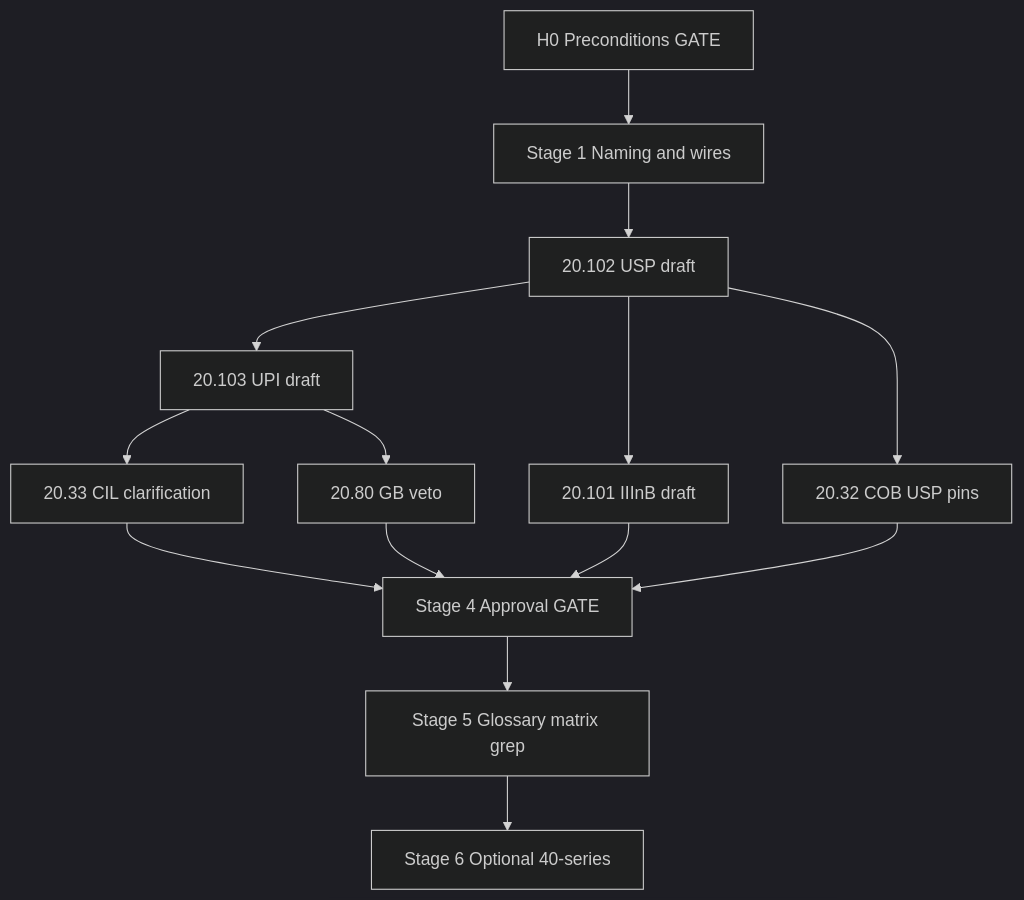
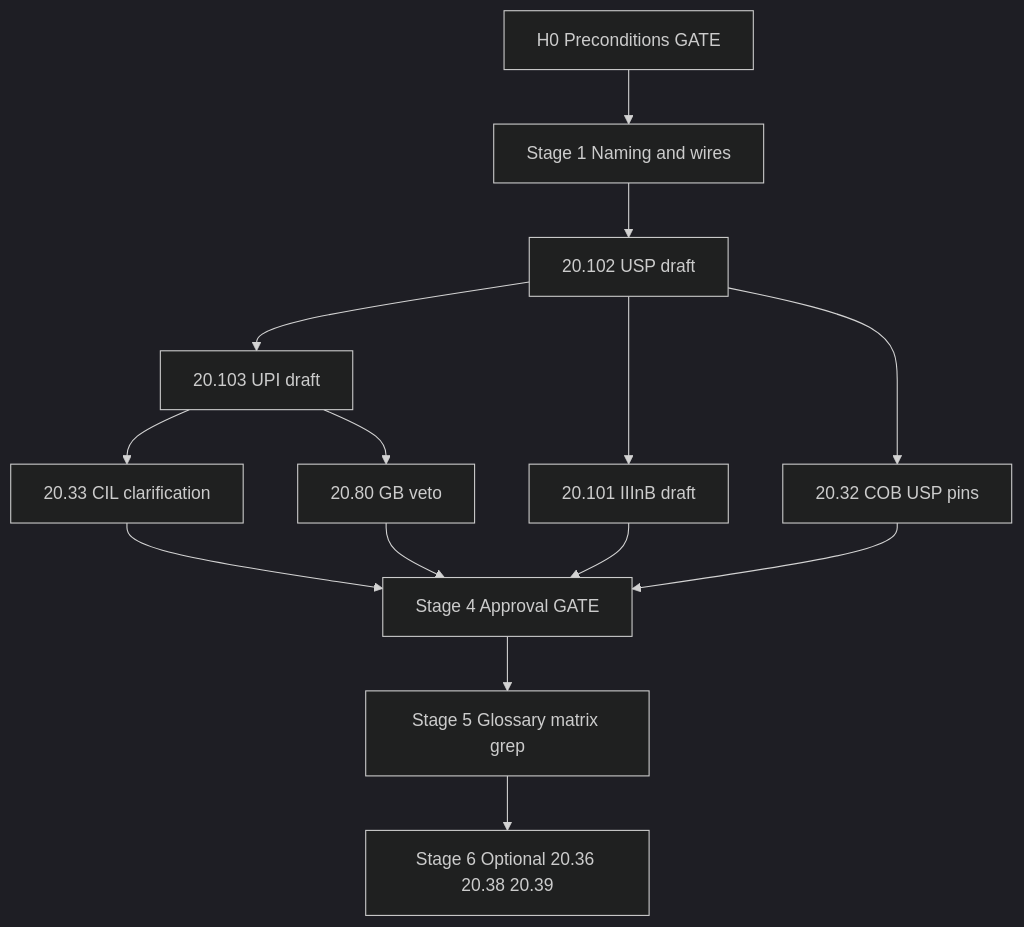
The diagram in thought_simulator/20_requirements/20.510_refactoring_for_input_correction_track_h.md (CuriousOne23/WhenMathPrays), drawn with Mermaid (dark theme) before and after one commit. The commit also changed other lines of this file and 1 other file, not shown here.

Commit message:
20.510 updated to define its flow authority limiting it to 20 directory itself

````diff
--- a/thought_simulator/20_requirements/20.510_refactoring_for_input_correction_track_h.md
+++ b/thought_simulator/20_requirements/20.510_refactoring_for_input_correction_track_h.md
@@ -417,28 +462,28 @@
 ```mermaid
 flowchart TD
   H0[H0 Preconditions GATE]
   S1[Stage 1 Naming and wires]
   S2_USP[20.102 USP draft]
   S2_UPI[20.103 UPI draft]
   S2_III[20.101 IIInB draft]
   S3_CIL[20.33 CIL clarification]
   S3_COB[20.32 COB USP pins]
   S3_GB[20.80 GB veto]
   S4[Stage 4 Approval GATE]
   S5[Stage 5 Glossary matrix grep]
-  S6[Stage 6 Optional 40-series]
+  S6[Stage 6 Optional 20.36 20.38 20.39]
 
   H0 --> S1
   S1 --> S2_USP
   S2_USP --> S2_UPI
   S2_USP --> S2_III
   S2_UPI --> S3_CIL
   S2_USP --> S3_COB
   S2_UPI --> S3_GB
   S2_III --> S4
   S3_CIL --> S4
   S3_COB --> S4
   S3_GB --> S4
   S4 --> S5
   S5 --> S6
 ```
````
